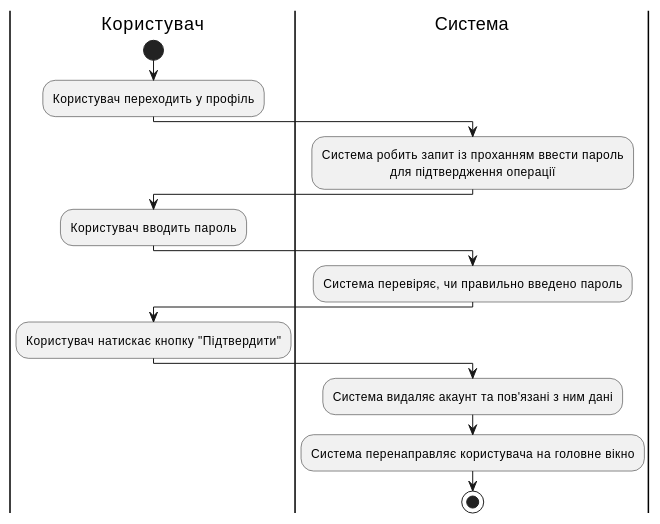
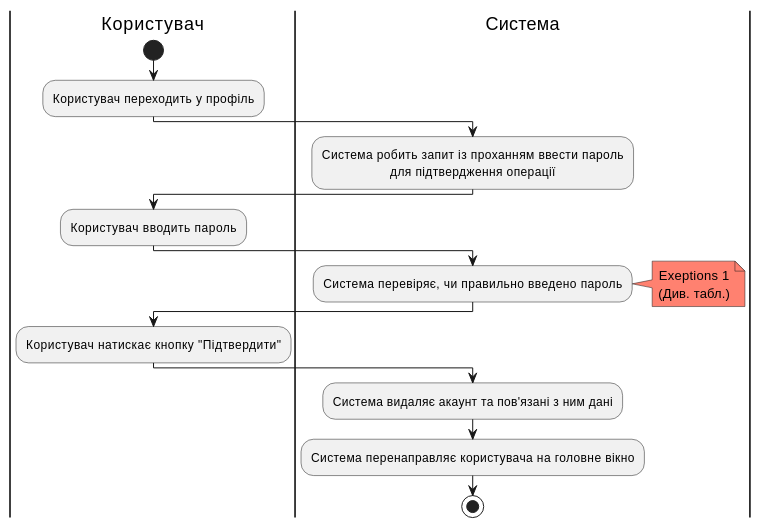
One commit to generalmaks/db_labs changed the third of 3 diagrams in docs/use_cases.md. Above: the diagram before and after it, drawn with PlantUML.

Commit message:
add RemoveUserAccount exceptions

````diff
--- a/docs/use_cases.md
+++ b/docs/use_cases.md
@@ -126,32 +126,36 @@
 ```plantuml
 @startuml
 |Користувач|
 start
 skinparam defaultTextAlignment center
 
 |Користувач|
 :Користувач переходить у профіль;
 
 
 |Система|
 :Система робить запит із проханням ввести пароль 
 для підтвердження операції;
 
 |Користувач|
 :Користувач вводить пароль;
 
 |Система|
 :Система перевіряє, чи правильно введено пароль;
+note right #ff8170
+Exeptions 1
+(Див. табл.)
+end note
 
 |Користувач|
 :Користувач натискає кнопку "Підтвердити";
 
 |Система|
 :Система видаляє акаунт та пов'язані з ним дані;
 :Система перенаправляє користувача на головне вікно;
 
 
 
 stop
 @enduml
 ```
````
